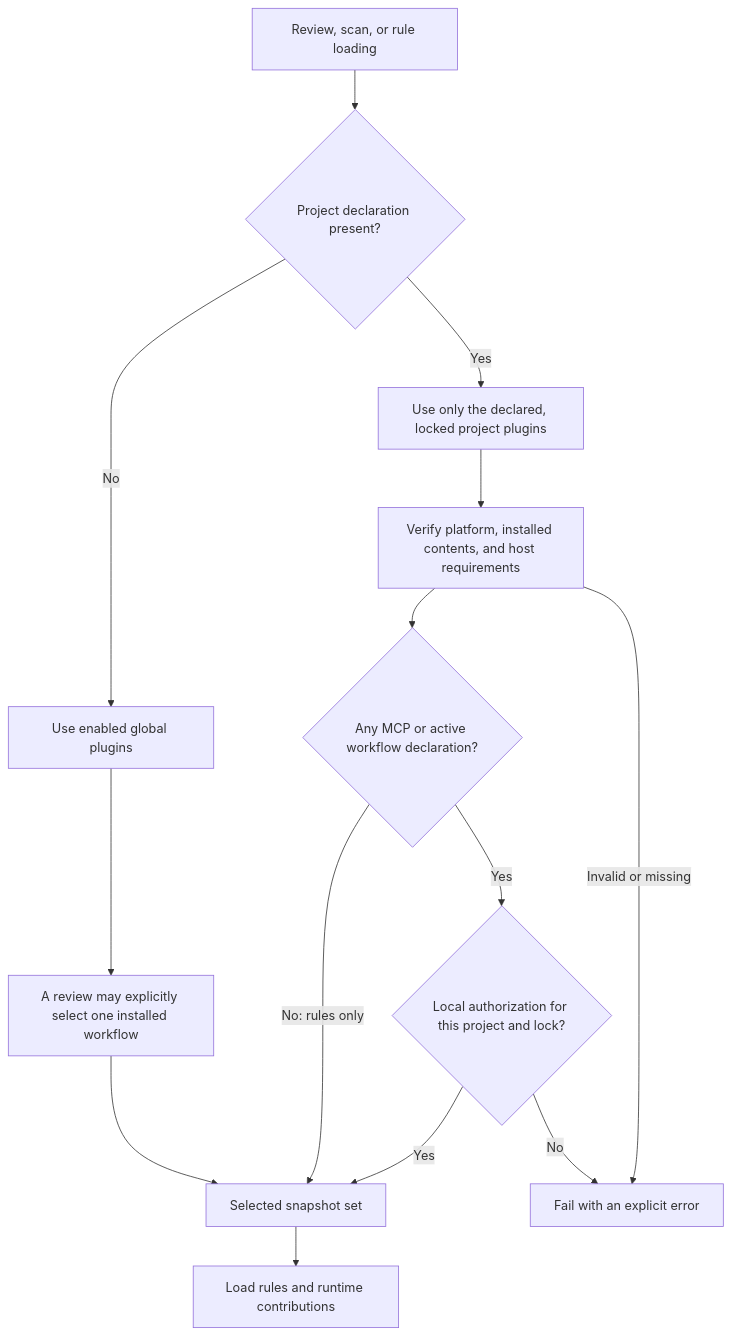
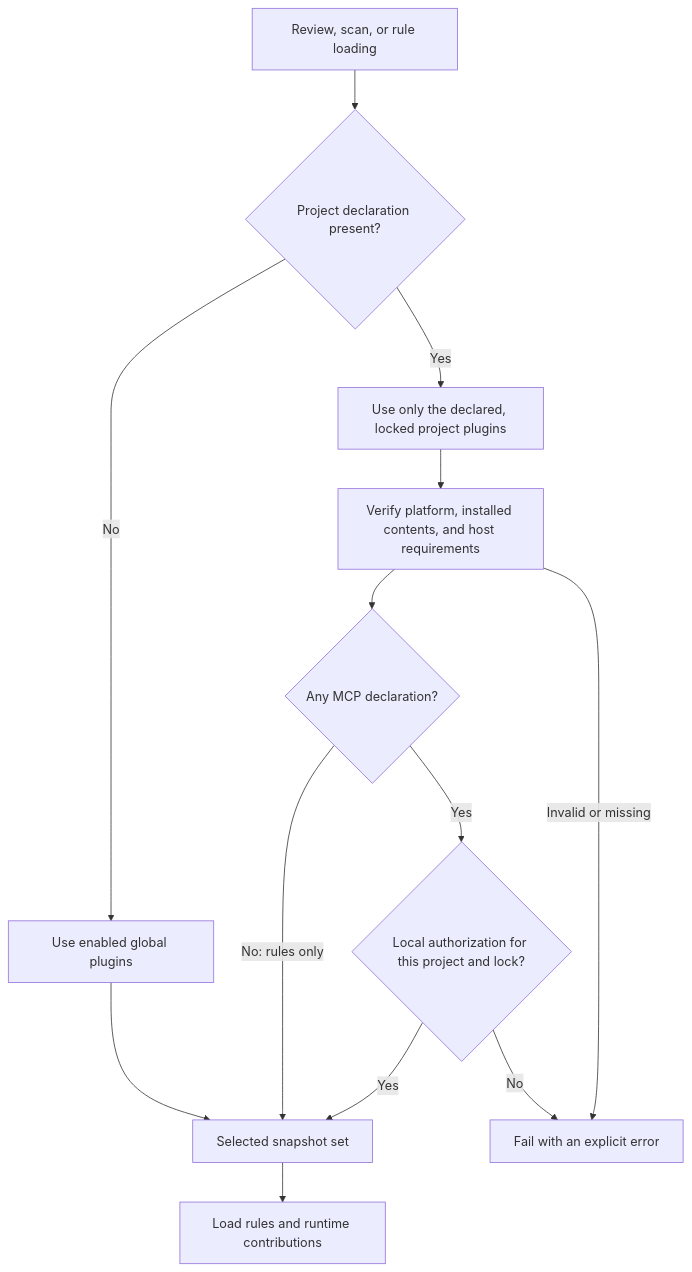
The second of 2 diagrams in docs/plugin-architecture.md (Qiyuanqiii/open-code-review), drawn with Mermaid before and after one commit. The commit also changed other lines of this file and 42 other files, not shown here.

````diff
--- a/docs/plugin-architecture.md
+++ b/docs/plugin-architecture.md
@@ -65,16 +58,15 @@
 ```mermaid
 flowchart TB
     start["Review, scan, or rule loading"] --> declared{"Project declaration present?"}
     declared -->|"No"| global["Use enabled global plugins"]
-    global --> override["A review may explicitly select one installed workflow"]
+    global --> selected
     declared -->|"Yes"| locked["Use only the declared, locked project plugins"]
     locked --> verify["Verify platform, installed contents, and host requirements"]
-    verify --> executable{"Any MCP or active workflow declaration?"}
+    verify --> executable{"Any MCP declaration?"}
     executable -->|"No: rules only"| selected["Selected snapshot set"]
     executable -->|"Yes"| trust{"Local authorization for this project and lock?"}
     trust -->|"Yes"| selected
     trust -->|"No"| stop["Fail with an explicit error"]
     verify -->|"Invalid or missing"| stop
-    override --> selected
     selected --> adapters["Load rules and runtime contributions"]
 ```
````
